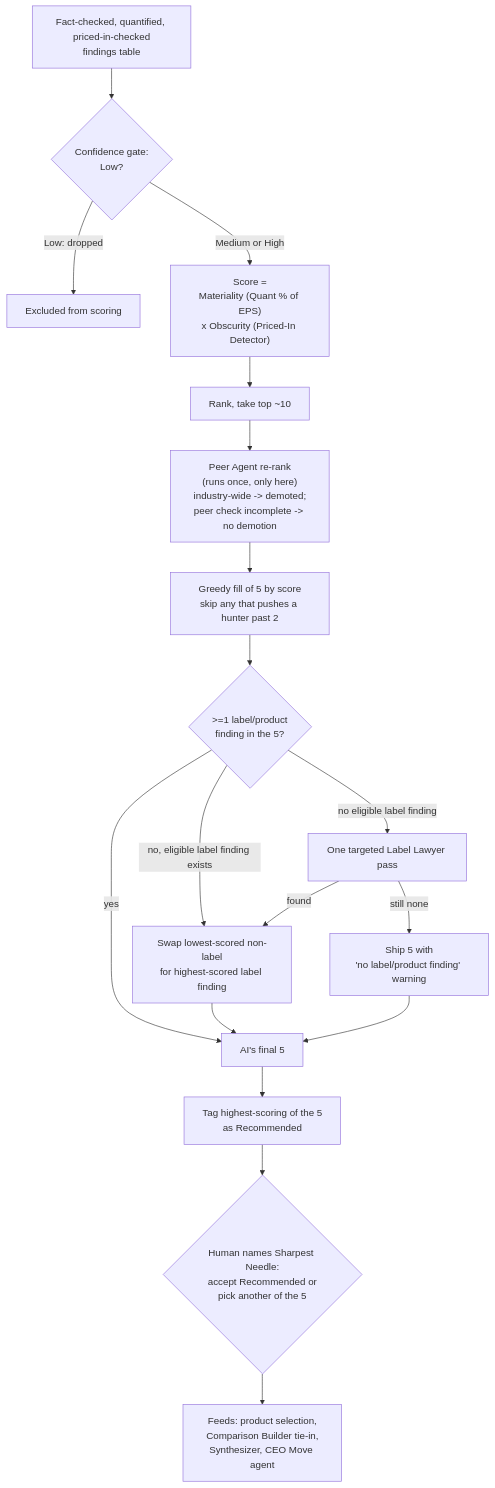
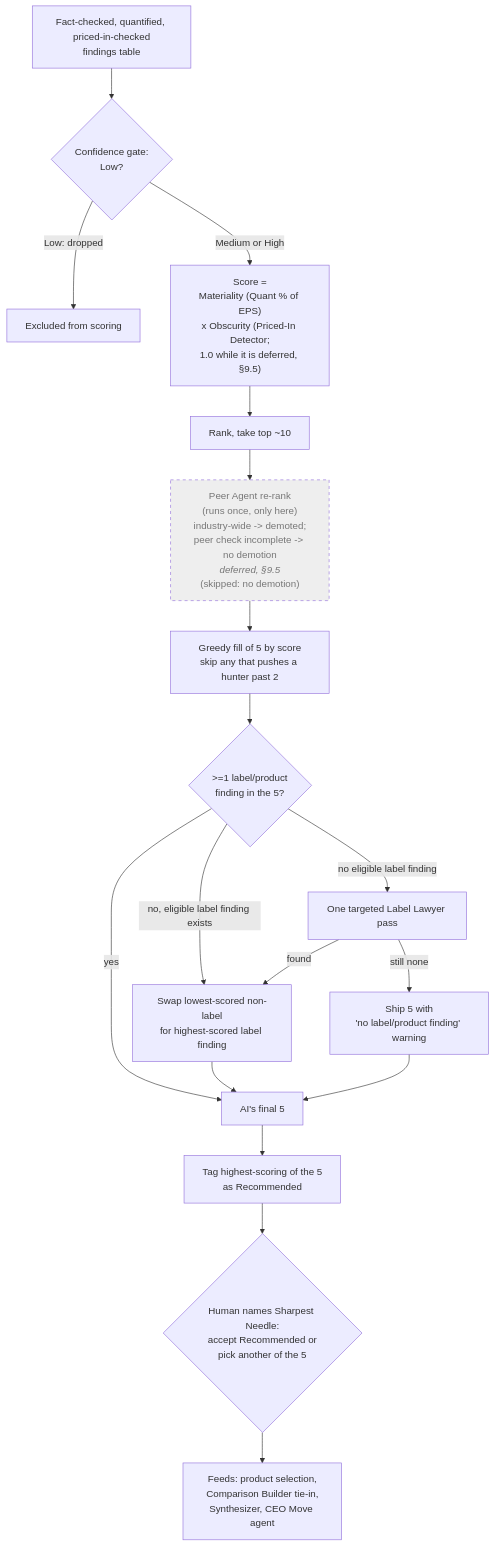
Before and after one commit to Mameo007/ai-neeley-hackathon-pharmaceutical: the third of 3 diagrams in docs/architecture.md, drawn with Mermaid. The commit also changed other lines of this file, not shown here.

Commit message:
Mark deferred stages in architecture diagrams

````diff
--- a/docs/architecture.md
+++ b/docs/architecture.md
@@ -538,23 +545,26 @@
 ```mermaid
 flowchart TD
     START["Fact-checked, quantified, priced-in-checked<br/>findings table"] --> GATE{"Confidence gate:<br/>Low?"}
     GATE -- "Low: dropped" --> DROP[Excluded from scoring]
-    GATE -- "Medium or High" --> SCORE["Score =<br/>Materiality (Quant % of EPS)<br/>x Obscurity (Priced-In Detector)"]
+    GATE -- "Medium or High" --> SCORE["Score =<br/>Materiality (Quant % of EPS)<br/>x Obscurity (Priced-In Detector;<br/>1.0 while it is deferred, §9.5)"]
 
     SCORE --> TOP10["Rank, take top ~10"]
-    TOP10 --> PEER["Peer Agent re-rank<br/>(runs once, only here)<br/>industry-wide -> demoted;<br/>peer check incomplete -> no demotion"]
+    TOP10 --> PEER["Peer Agent re-rank<br/>(runs once, only here)<br/>industry-wide -> demoted;<br/>peer check incomplete -> no demotion<br/><i>deferred, §9.5</i><br/>(skipped: no demotion)"]
     PEER --> FILL["Greedy fill of 5 by score<br/>skip any that pushes a hunter past 2"]
 
     FILL --> LBL{">=1 label/product<br/>finding in the 5?"}
     LBL -- yes --> FIVE[AI's final 5]
     LBL -- "no, eligible label finding exists" --> SWAP["Swap lowest-scored non-label<br/>for highest-scored label finding"]
     SWAP --> FIVE
     LBL -- "no eligible label finding" --> RETRY["One targeted Label Lawyer pass"]
     RETRY -- "found" --> SWAP
     RETRY -- "still none" --> WARN["Ship 5 with<br/>'no label/product finding' warning"]
     WARN --> FIVE
 
     FIVE --> REC["Tag highest-scoring of the 5<br/>as Recommended"]
     REC --> HUMAN{"Human names Sharpest Needle:<br/>accept Recommended or<br/>pick another of the 5"}
     HUMAN --> NEXT["Feeds: product selection,<br/>Comparison Builder tie-in,<br/>Synthesizer, CEO Move agent"]
+
+    classDef deferred stroke-dasharray: 5 5,fill:#eeeeee,color:#777777
+    class PEER deferred
 ```
````
